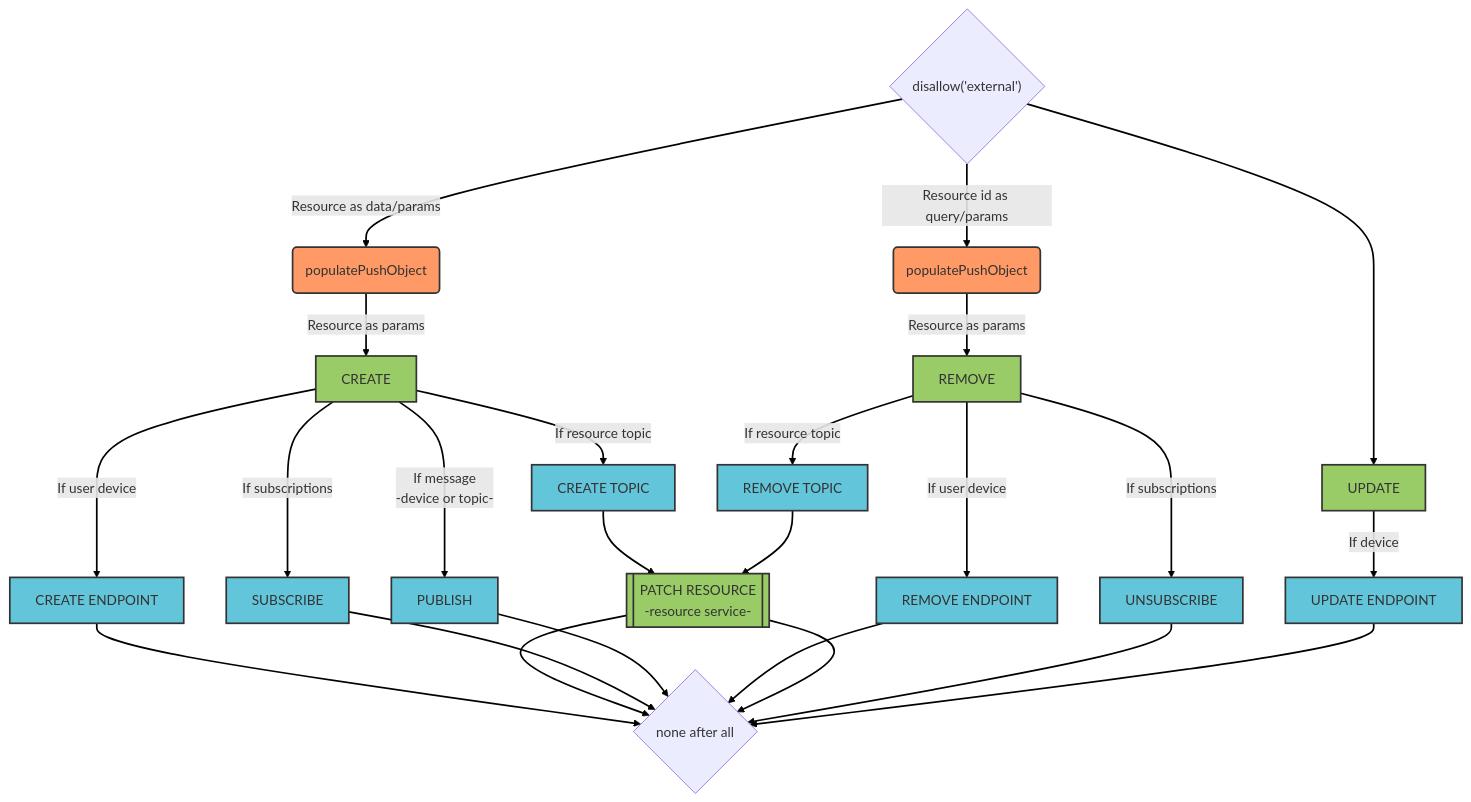
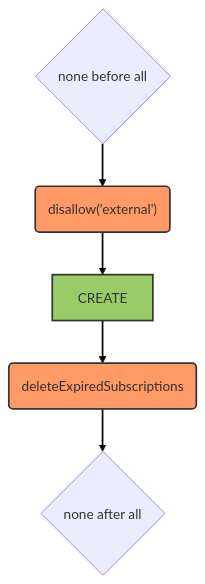
The third of 11 diagrams in docs/api/core/services.md (kalisio/kdk), drawn with Mermaid before and after one commit. The commit also changed other lines of this file and 8 other files, not shown here.

````diff
--- a/docs/api/core/services.md
+++ b/docs/api/core/services.md
@@ -196,35 +108,14 @@
 ```mermaid
 graph TB
-  before{"disallow('external')"}
+  before{none before all}
   after{none after all}
-  before -- Resource as data/params --> hook1(populatePushObject)
-  hook1 -- Resource as params --> CREATE[CREATE]
-  CREATE -- If user device --> CREATE_ENDPOINT[CREATE ENDPOINT]
-  CREATE -- If resource topic --> CREATE_TOPIC[CREATE TOPIC]
-  CREATE -- If subscriptions --> SUBSCRIBE[SUBSCRIBE]
-  CREATE -- If message<br/>-device or topic- --> PUBLISH[PUBLISH]
-  CREATE_ENDPOINT --> after
-  CREATE_TOPIC --> PATCH[[PATCH RESOURCE<br/>-resource service-]]
-  PATCH --> after
-  SUBSCRIBE --> after
-  PUBLISH --> after
-  before -- Resource id as query/params --> hook2(populatePushObject)
-  hook2 -- Resource as params --> REMOVE[REMOVE]
-  REMOVE -- If user device --> REMOVE_ENDPOINT[REMOVE ENDPOINT]
-  REMOVE -- If resource topic --> REMOVE_TOPIC[REMOVE TOPIC]
-  REMOVE -- If subscriptions --> UNSUBSCRIBE[UNSUBSCRIBE]
-  REMOVE_ENDPOINT --> after
-  REMOVE_TOPIC --> PATCH[[PATCH RESOURCE<br/>-resource service-]]
-  PATCH --> after
-  UNSUBSCRIBE --> after
-  before --> UPDATE[UPDATE]
-  UPDATE -- If device --> UPDATE_ENDPOINT[UPDATE ENDPOINT]
-  UPDATE_ENDPOINT --> after
+  before --> hook1("disallow('external')")
+  hook1 --> CREATE[CREATE]
+  CREATE --> hook2(deleteExpiredSubscriptions)
+  hook2 --> after
   linkStyle default stroke-width:2px,fill:none,stroke:black
   classDef hookClass fill:#f96,stroke:#333,stroke-width:2px
   class hook1,hook2,hook3,hook4 hookClass
   classDef operationClass fill:#9c6,stroke:#333,stroke-width:2px
-  class FIND,GET,CREATE,UPDATE,PATCH,REMOVE operationClass
-  classDef snsOperationClass fill:#63c5da,stroke:#333,stroke-width:2px
-  class CREATE_ENDPOINT,CREATE_TOPIC,SUBSCRIBE,PUBLISH,REMOVE_ENDPOINT,REMOVE_TOPIC,UNSUBSCRIBE,UPDATE_ENDPOINT snsOperationClass
+  class FIND,CREATE,REMOVE operationClass
 ```
````
